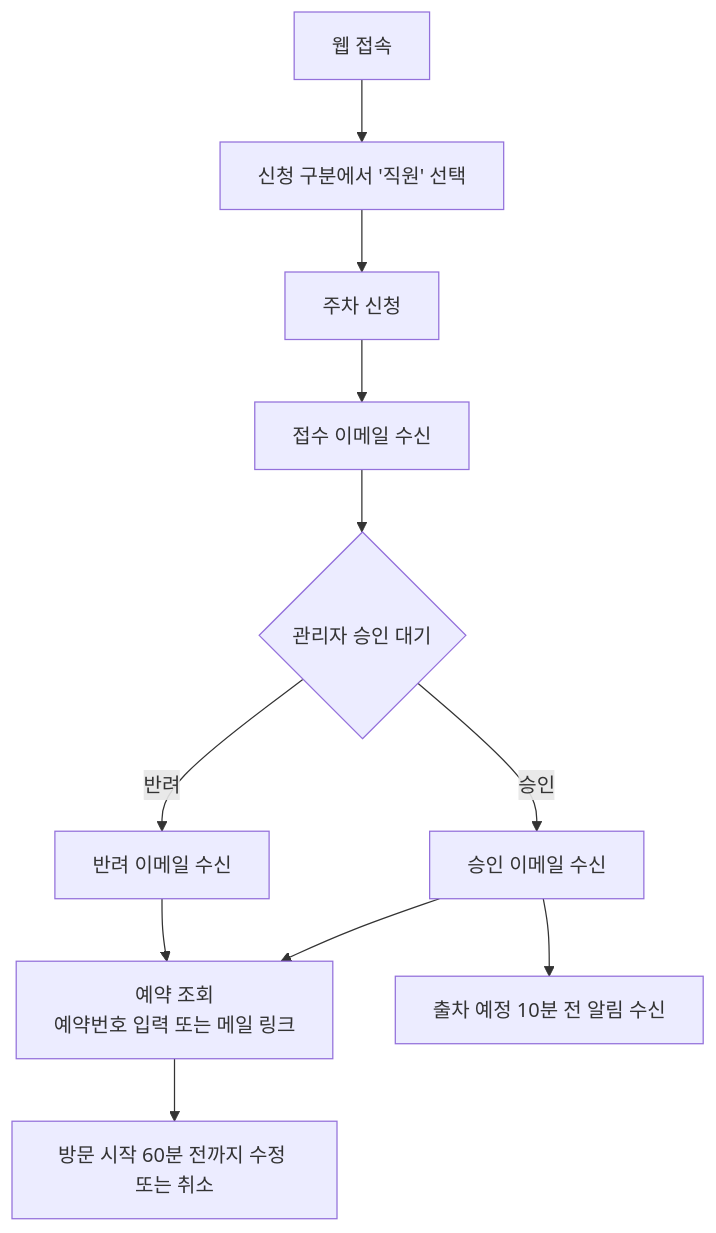
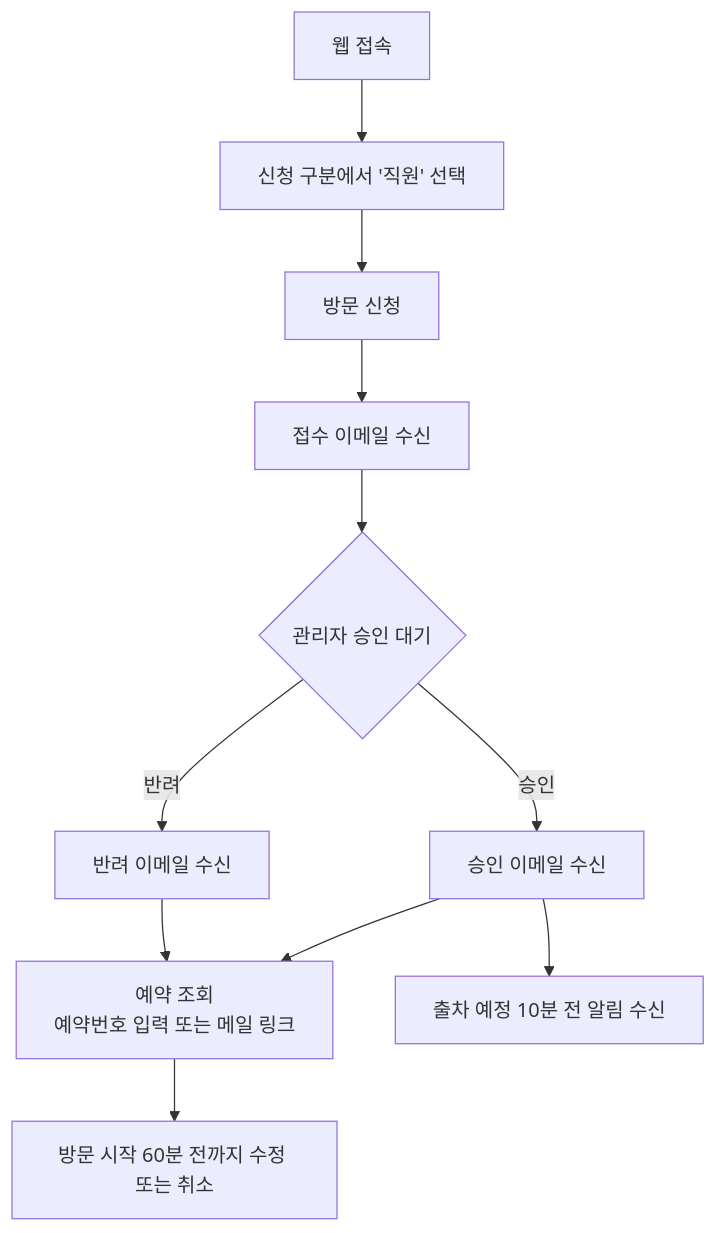
Before and after one commit to leejyeone/ParkingSystem: the second of 5 diagrams in README.md, drawn with Mermaid. The commit also changed other lines of this file and 34 other files, not shown here.

````diff
--- a/README.md
+++ b/README.md
@@ -204,13 +204,13 @@
 ```mermaid
 flowchart TD
     A[웹 접속] --> B[신청 구분에서 '직원' 선택]
-    B --> C[주차 신청]
+    B --> C[방문 신청]
     C --> D[접수 이메일 수신]
     D --> E{관리자 승인 대기}
     E -->|승인| F[승인 이메일 수신]
     E -->|반려| G[반려 이메일 수신]
     F --> H[예약 조회<br/>예약번호 입력 또는 메일 링크]
     G --> H
     H --> I[방문 시작 60분 전까지 수정 또는 취소]
     F --> J[출차 예정 10분 전 알림 수신]
 ```
````
